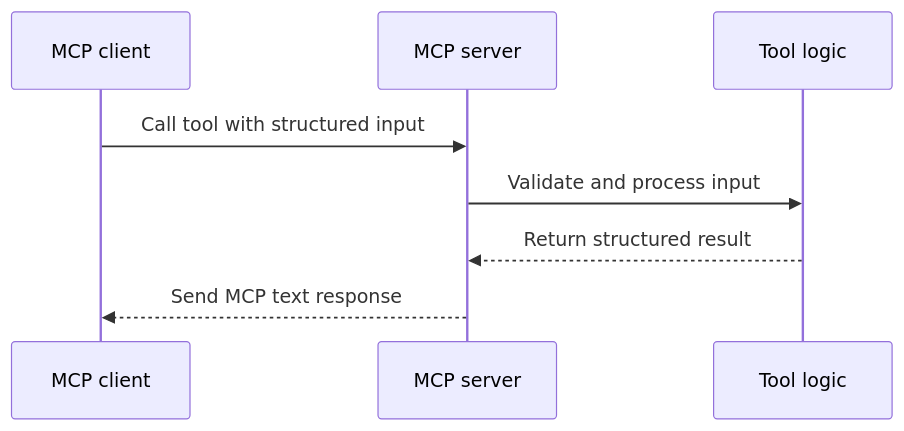
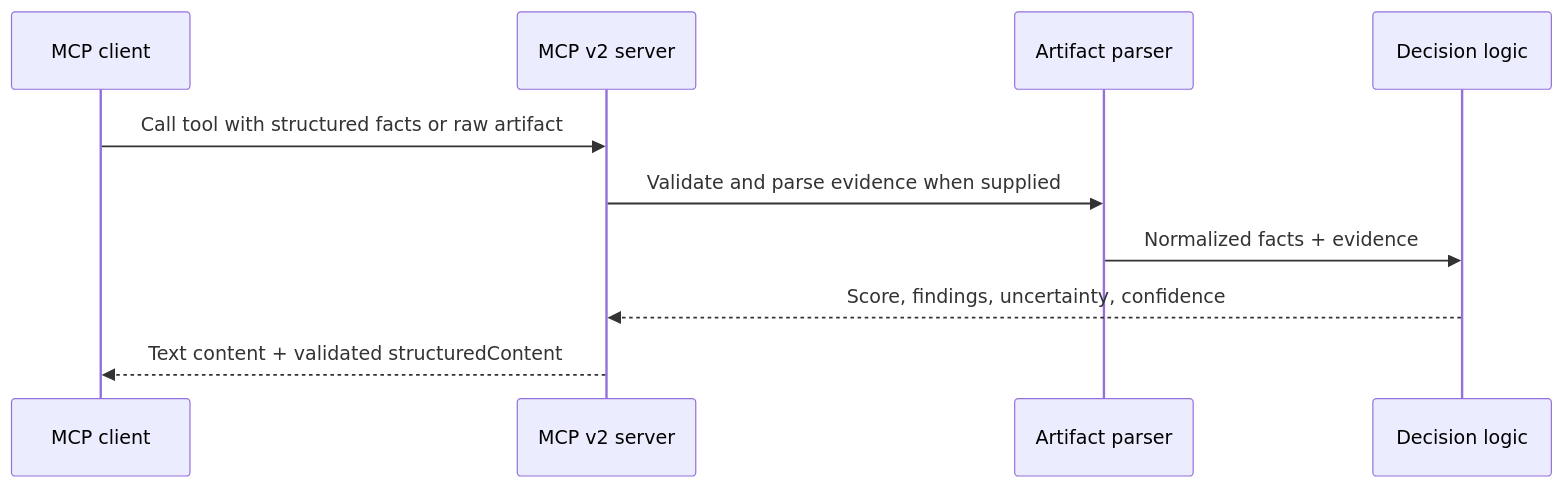
One commit to alexcgodwin/cloud-devops-mcp-server changed the diagram in docs/architecture.md. Above: the diagram before and after it, drawn with Mermaid. The commit also changed other lines of this file and 17 other files, not shown here.

Commit message:
Upgrade MCP v2 and add evidence-backed analysis (#1)

````diff
--- a/docs/architecture.md
+++ b/docs/architecture.md
@@ -7,11 +7,13 @@
 ```mermaid
 sequenceDiagram
   participant Client as MCP client
-  participant Server as MCP server
-  participant Logic as Tool logic
+  participant Server as MCP v2 server
+  participant Parser as Artifact parser
+  participant Logic as Decision logic
 
-  Client->>Server: Call tool with structured input
-  Server->>Logic: Validate and process input
-  Logic-->>Server: Return structured result
-  Server-->>Client: Send MCP text response
+  Client->>Server: Call tool with structured facts or raw artifact
+  Server->>Parser: Validate and parse evidence when supplied
+  Parser->>Logic: Normalized facts + evidence
+  Logic-->>Server: Score, findings, uncertainty, confidence
+  Server-->>Client: Text content + validated structuredContent
 ```
````
